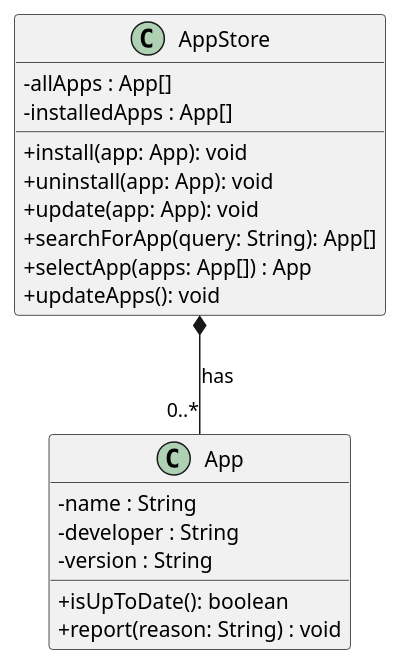
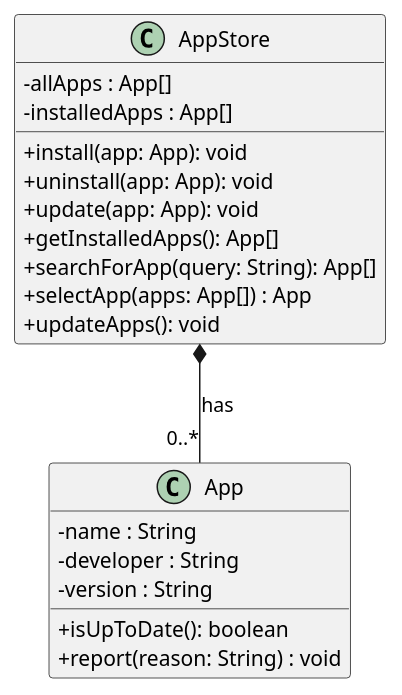
Before and after one commit to notfirefox/swea-project: the diagram in src/appstore_classdiagram.puml, drawn with PlantUML. The commit also changed 7 other files, not shown here.

Commit message:
Update diagrams

```diff
--- a/src/appstore_classdiagram.puml
+++ b/src/appstore_classdiagram.puml
@@ -1,27 +1,28 @@
 @startuml
 
 skinparam classAttributeIconSize 0
 
 class App {
     -name : String
     -developer : String
     -version : String
     +isUpToDate(): boolean
     +report(reason: String) : void
 }
 
 class AppStore {
     -allApps : App[]
     -installedApps : App[]
 
     +install(app: App): void
     +uninstall(app: App): void
     +update(app: App): void
+    +getInstalledApps(): App[]
     +searchForApp(query: String): App[]
     +selectApp(apps: App[]) : App
     +updateApps(): void
 }
 
 AppStore *-- "0..*" App : has
 
 @enduml
```
